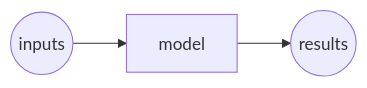
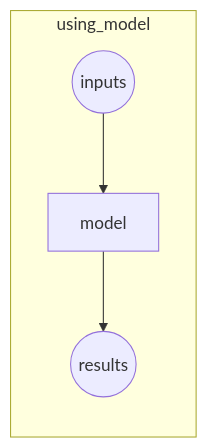
One commit to Jaas-Wang/smartbook changed the seventh of 10 diagrams in smartbook/Fastai-01.md. Above: the diagram before and after it, drawn with Mermaid. The commit also changed other lines of this file, not shown here.

````diff
--- a/smartbook/Fastai-01.md
+++ b/smartbook/Fastai-01.md
@@ -760,4 +770,6 @@
 ```mermaid
 graph LR
+subgraph using_model
 in((inputs)) --> op[model] --> en((results))
+end
 ```
````
